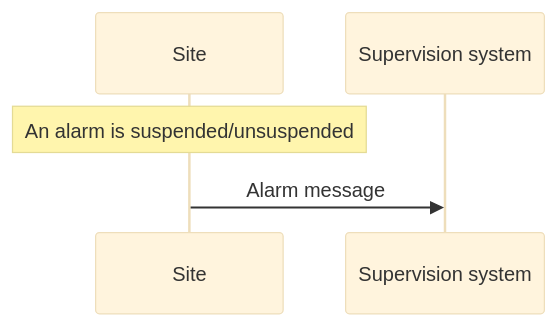
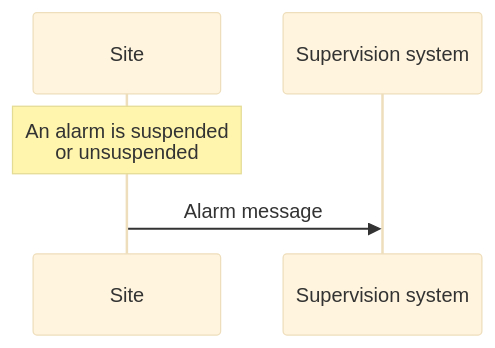
The seventh of 16 diagrams in source/applicability/basic_structure.rst (rsmp-nordic/rsmp_core), drawn with Mermaid (base theme) before and after one commit. The commit also changed other lines of this file, not shown here.

Commit message:
Minor formatting fixes for mermaid diagrams

```diff
--- a/source/applicability/basic_structure.rst
+++ b/source/applicability/basic_structure.rst
@@ -683,7 +683,7 @@
 .. mermaid::
 
    sequenceDiagram
      participant Site
      participant Supervision system
-     Note over Site: An alarm is suspended/unsuspended
+     Note over Site: An alarm is suspended<br/>or unsuspended
      Site->>Supervision system: Alarm message
```
